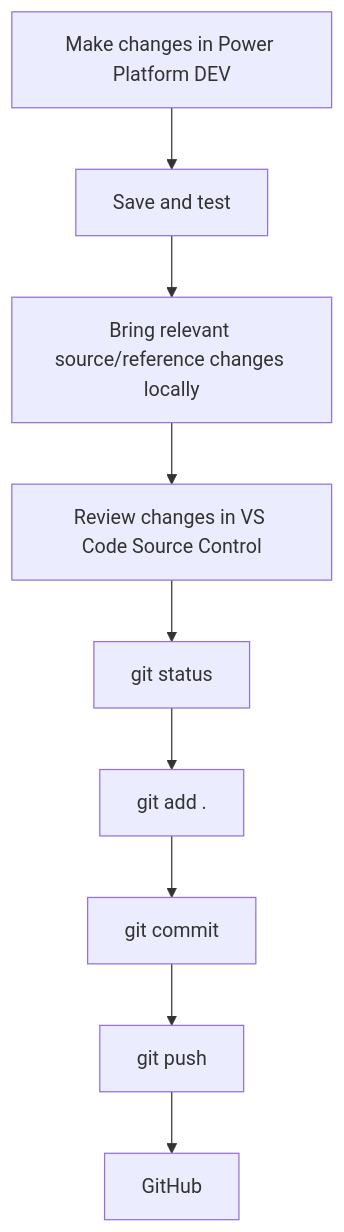
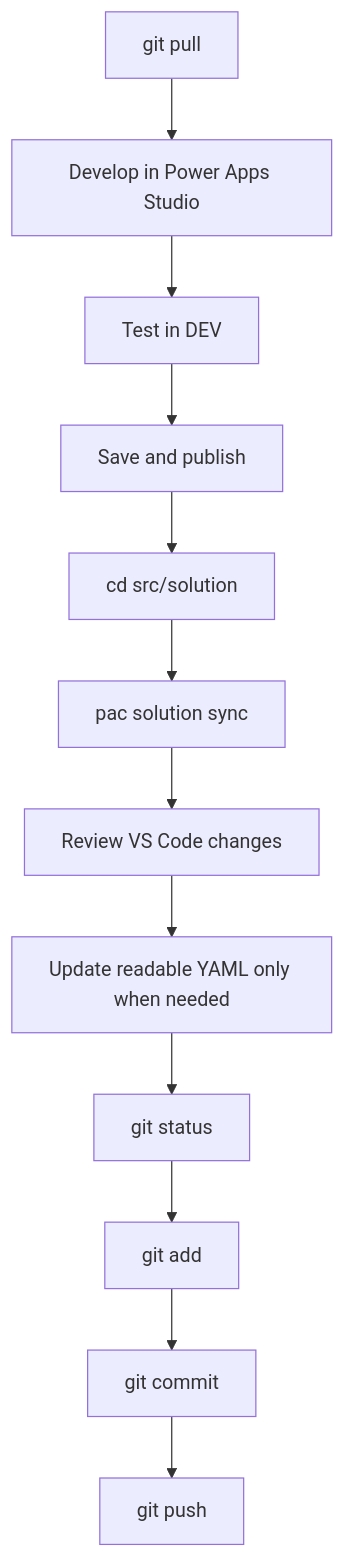
One commit to driscollsnickkoo/Driscolls-UK-PowerPlatform-Template changed the second of 2 diagrams in docs/development-workflow.md. Above: the diagram before and after it, drawn with Mermaid. The commit also changed other lines of this file, not shown here.

````diff
--- a/docs/development-workflow.md
+++ b/docs/development-workflow.md
@@ -192,11 +225,14 @@
 ```mermaid
 flowchart TD
-    A["Make changes in Power Platform DEV"] --> B["Save and test"]
-    B --> C["Bring relevant source/reference changes locally"]
-    C --> D["Review changes in VS Code Source Control"]
-    D --> E["git status"]
-    E --> F["git add ."]
-    F --> G["git commit"]
-    G --> H["git push"]
-    H --> I["GitHub"]
+    A[git pull] --> B[Develop in Power Apps Studio]
+    B --> C[Test in DEV]
+    C --> D[Save and publish]
+    D --> E[cd src/solution]
+    E --> F[pac solution sync]
+    F --> G[Review VS Code changes]
+    G --> H[Update readable YAML only when needed]
+    H --> I[git status]
+    I --> J[git add]
+    J --> K[git commit]
+    K --> L[git push]
 ```
````
